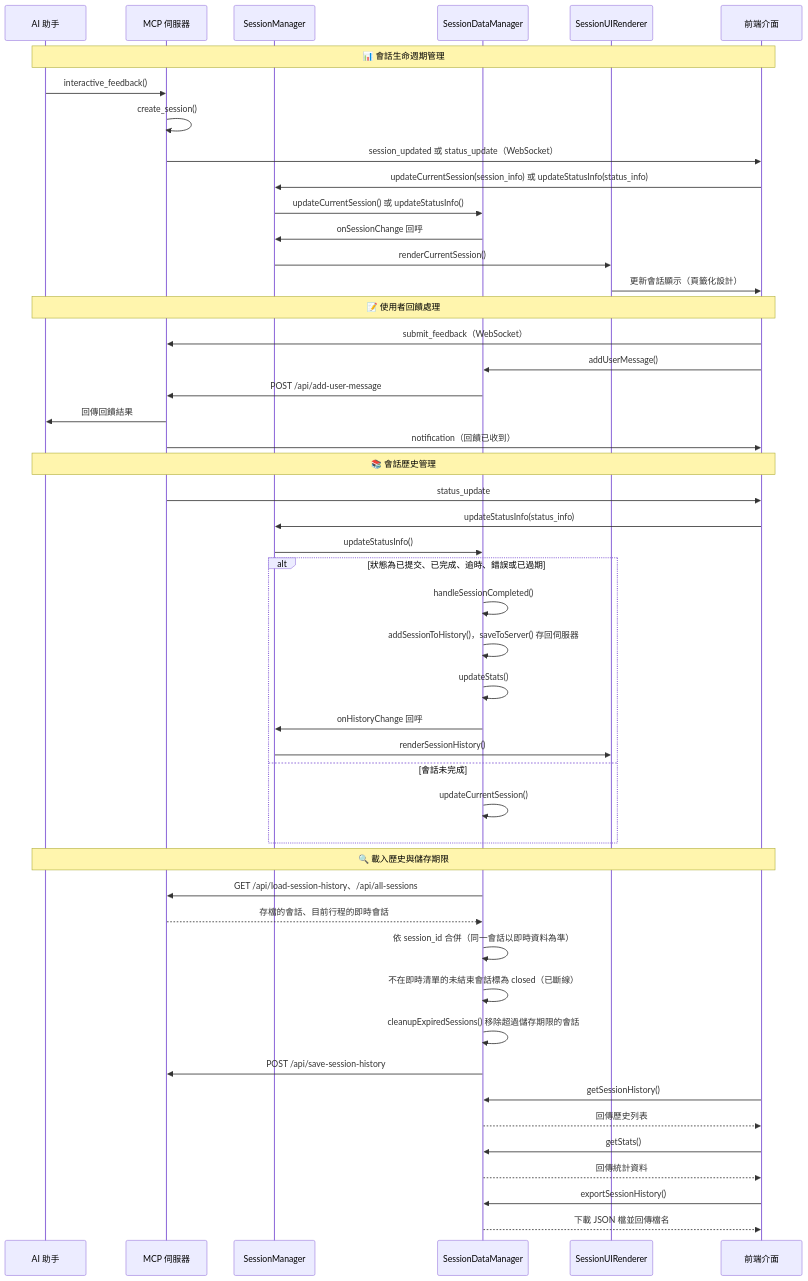
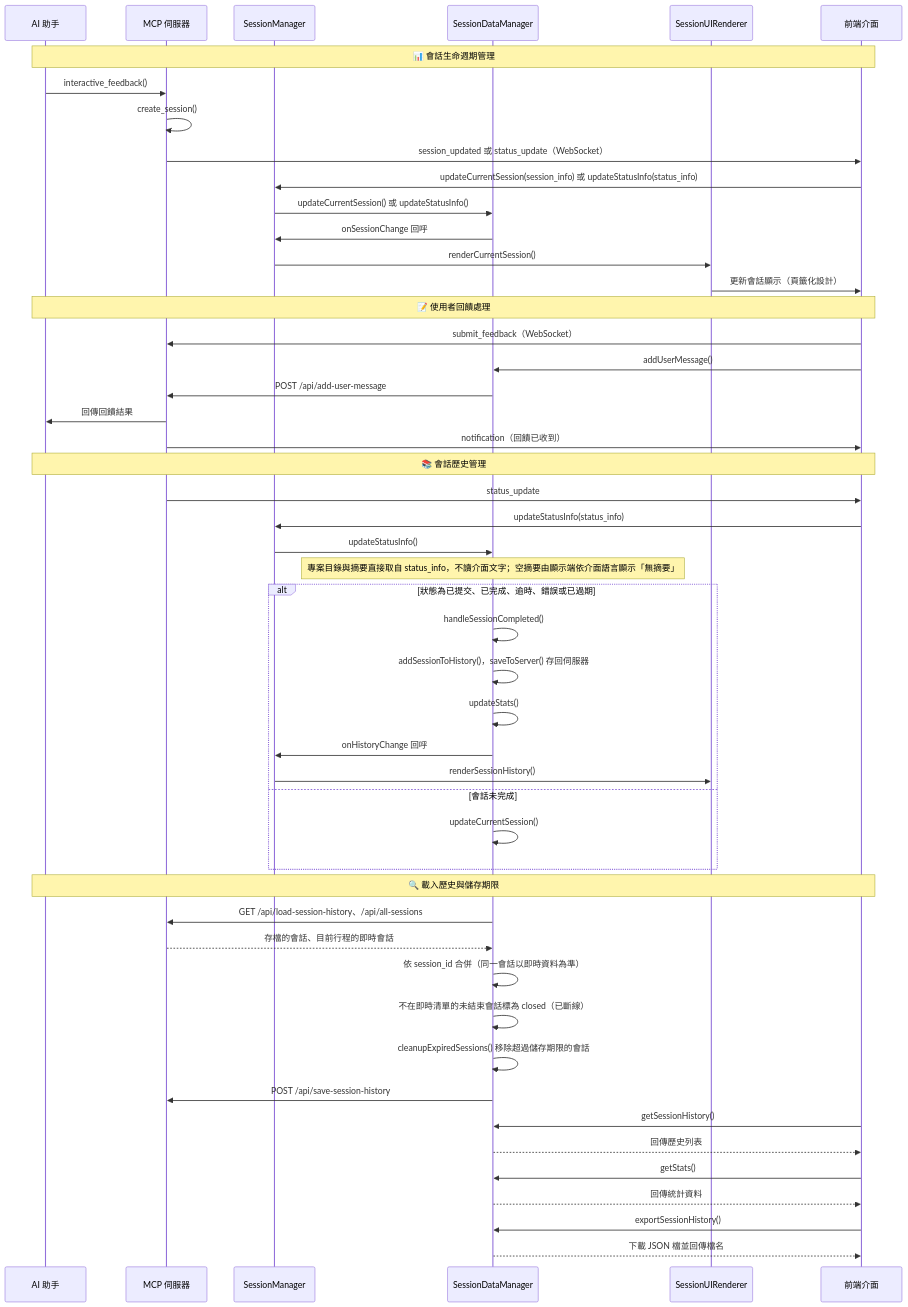
Before and after one commit to CloudEngineHub/mcp-feedback-enhanced: the eighth of 12 diagrams in docs/architecture/interaction-flows.md, drawn with Mermaid. The commit also changed 1 other file, not shown here.

Commit message:
📝 架構文件對照會話資料直接取用伺服器值與預設音效重名規則

````diff
--- a/docs/architecture/interaction-flows.md
+++ b/docs/architecture/interaction-flows.md
@@ -372,54 +372,55 @@
 ```mermaid
 sequenceDiagram
     participant AI as AI 助手
     participant Server as MCP 伺服器
     participant SM as SessionManager
     participant SDM as SessionDataManager
     participant SUR as SessionUIRenderer
     participant UI as 前端介面
 
     Note over AI,UI: 📊 會話生命週期管理
     AI->>Server: interactive_feedback()
     Server->>Server: create_session()
     Server->>UI: session_updated 或 status_update（WebSocket）
     UI->>SM: updateCurrentSession(session_info) 或 updateStatusInfo(status_info)
     SM->>SDM: updateCurrentSession() 或 updateStatusInfo()
     SDM->>SM: onSessionChange 回呼
     SM->>SUR: renderCurrentSession()
     SUR->>UI: 更新會話顯示（頁籤化設計）
 
     Note over AI,UI: 📝 使用者回饋處理
     UI->>Server: submit_feedback（WebSocket）
     UI->>SDM: addUserMessage()
     SDM->>Server: POST /api/add-user-message
     Server->>AI: 回傳回饋結果
     Server->>UI: notification（回饋已收到）
 
     Note over AI,UI: 📚 會話歷史管理
     Server->>UI: status_update
     UI->>SM: updateStatusInfo(status_info)
     SM->>SDM: updateStatusInfo()
+    Note over SDM: 專案目錄與摘要直接取自 status_info，不讀介面文字；空摘要由顯示端依介面語言顯示「無摘要」
     alt 狀態為已提交、已完成、逾時、錯誤或已過期
         SDM->>SDM: handleSessionCompleted()
         SDM->>SDM: addSessionToHistory()，saveToServer() 存回伺服器
         SDM->>SDM: updateStats()
         SDM->>SM: onHistoryChange 回呼
         SM->>SUR: renderSessionHistory()
     else 會話未完成
         SDM->>SDM: updateCurrentSession()
     end
 
     Note over AI,UI: 🔍 載入歷史與儲存期限
     SDM->>Server: GET /api/load-session-history、/api/all-sessions
     Server-->>SDM: 存檔的會話、目前行程的即時會話
     SDM->>SDM: 依 session_id 合併（同一會話以即時資料為準）
     SDM->>SDM: 不在即時清單的未結束會話標為 closed（已斷線）
     SDM->>SDM: cleanupExpiredSessions() 移除超過儲存期限的會話
     SDM->>Server: POST /api/save-session-history
     UI->>SDM: getSessionHistory()
     SDM-->>UI: 回傳歷史列表
     UI->>SDM: getStats()
     SDM-->>UI: 回傳統計資料
     UI->>SDM: exportSessionHistory()
     SDM-->>UI: 下載 JSON 檔並回傳檔名
 ```
````
